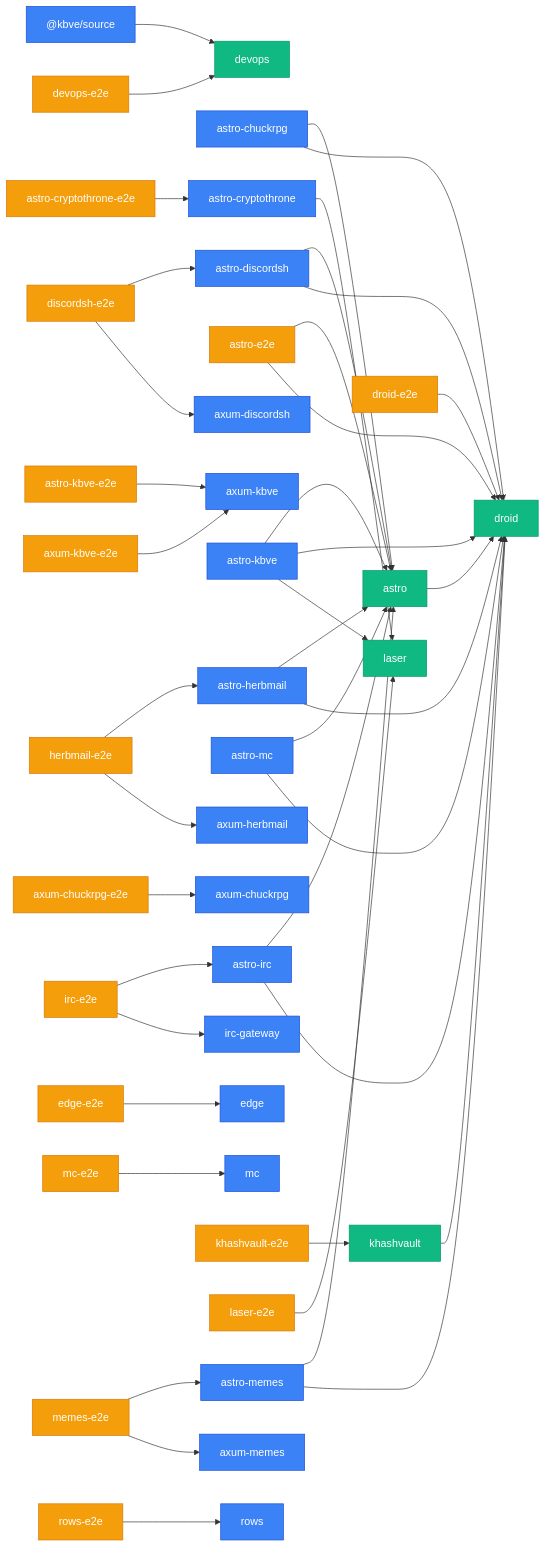
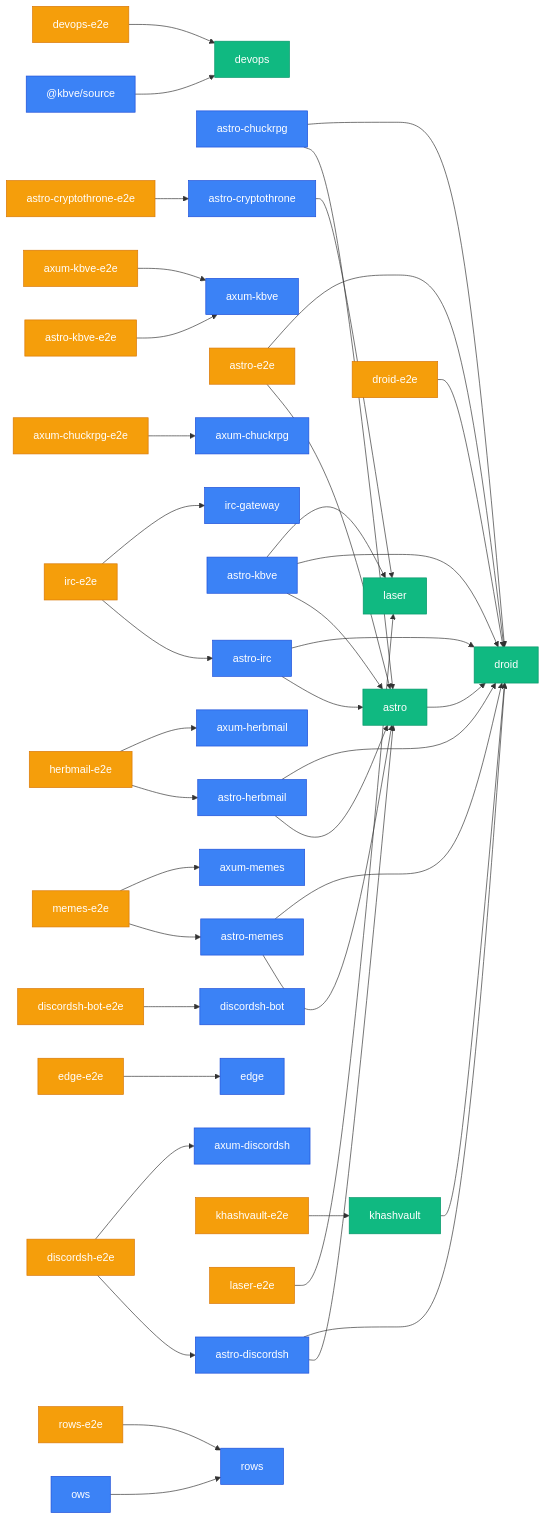
The third of 3 diagrams in apps/kbve/astro-kbve/src/content/docs/dashboard/graph.mdx (KBVE/kbve), drawn with Mermaid before and after one commit. The commit also changed other lines of this file and 8 other files, not shown here.

````diff
--- a/apps/kbve/astro-kbve/src/content/docs/dashboard/graph.mdx
+++ b/apps/kbve/astro-kbve/src/content/docs/dashboard/graph.mdx
@@ -79,49 +79,48 @@
 ```mermaid
 graph LR
     classDef app fill:#3b82f6,stroke:#1d4ed8,color:#fff
     classDef lib fill:#10b981,stroke:#059669,color:#fff
     classDef e2e fill:#f59e0b,stroke:#d97706,color:#fff
     _kbve_source["@kbve/source"] --> devops["devops"]
     astro["astro"] --> droid["droid"]
     astro_chuckrpg["astro-chuckrpg"] --> astro["astro"]
     astro_chuckrpg["astro-chuckrpg"] --> droid["droid"]
     astro_cryptothrone["astro-cryptothrone"] --> laser["laser"]
     astro_cryptothrone_e2e["astro-cryptothrone-e2e"] --> astro_cryptothrone["astro-cryptothrone"]
     astro_discordsh["astro-discordsh"] --> astro["astro"]
     astro_discordsh["astro-discordsh"] --> droid["droid"]
     astro_e2e["astro-e2e"] --> astro["astro"]
     astro_e2e["astro-e2e"] --> droid["droid"]
     astro_herbmail["astro-herbmail"] --> astro["astro"]
     astro_herbmail["astro-herbmail"] --> droid["droid"]
     astro_irc["astro-irc"] --> astro["astro"]
     astro_irc["astro-irc"] --> droid["droid"]
     astro_kbve["astro-kbve"] --> astro["astro"]
     astro_kbve["astro-kbve"] --> droid["droid"]
     astro_kbve["astro-kbve"] --> laser["laser"]
     astro_kbve_e2e["astro-kbve-e2e"] --> axum_kbve["axum-kbve"]
-    astro_mc["astro-mc"] --> astro["astro"]
-    astro_mc["astro-mc"] --> droid["droid"]
     astro_memes["astro-memes"] --> astro["astro"]
     astro_memes["astro-memes"] --> droid["droid"]
     axum_chuckrpg_e2e["axum-chuckrpg-e2e"] --> axum_chuckrpg["axum-chuckrpg"]
     axum_kbve_e2e["axum-kbve-e2e"] --> axum_kbve["axum-kbve"]
     devops_e2e["devops-e2e"] --> devops["devops"]
+    discordsh_bot_e2e["discordsh-bot-e2e"] --> discordsh_bot["discordsh-bot"]
     discordsh_e2e["discordsh-e2e"] --> astro_discordsh["astro-discordsh"]
     discordsh_e2e["discordsh-e2e"] --> axum_discordsh["axum-discordsh"]
     droid_e2e["droid-e2e"] --> droid["droid"]
     edge_e2e["edge-e2e"] --> edge["edge"]
     herbmail_e2e["herbmail-e2e"] --> astro_herbmail["astro-herbmail"]
     herbmail_e2e["herbmail-e2e"] --> axum_herbmail["axum-herbmail"]
     irc_e2e["irc-e2e"] --> astro_irc["astro-irc"]
     irc_e2e["irc-e2e"] --> irc_gateway["irc-gateway"]
     khashvault["khashvault"] --> droid["droid"]
     khashvault_e2e["khashvault-e2e"] --> khashvault["khashvault"]
     laser_e2e["laser-e2e"] --> laser["laser"]
-    mc_e2e["mc-e2e"] --> mc["mc"]
     memes_e2e["memes-e2e"] --> astro_memes["astro-memes"]
     memes_e2e["memes-e2e"] --> axum_memes["axum-memes"]
+    ows["ows"] --> rows["rows"]
     rows_e2e["rows-e2e"] --> rows["rows"]
-    class _kbve_source,angelscript,astro_chuckrpg,astro_cryptothrone,astro_discordsh,astro_herbmail,astro_irc,astro_kbve,astro_mc,astro_memes,axum_chuckrpg,axum_cryptothrone,axum_discordsh,axum_herbmail,axum_kbve,axum_memes,cryptothrone,desktop_kbve,discordsh,edge,herbmail,irc,irc_gateway,isometric,kilobase,mc,memes,notification_bot,ows,pydesk,rows app
-    class astro,bevy_battle,bevy_cam,bevy_inventory,bevy_items,bevy_kbve_net,bevy_mapdb,bevy_npc,bevy_player,bevy_quests,bevy_skills,bevy_statemachine,bevy_tasker,chisel_ubuntu_axum,data_proto,devops,droid,erust,holy,jedi,kbve,khashvault,laser,python_fudster,python_kbve,q,soul lib
-    class astro_cryptothrone_e2e,astro_e2e,astro_kbve_e2e,axum_chuckrpg_e2e,axum_kbve_e2e,devops_e2e,discordsh_e2e,droid_e2e,edge_e2e,herbmail_e2e,irc_e2e,khashvault_e2e,laser_e2e,mc_e2e,memes_e2e,rows_e2e e2e
+    class _kbve_source,angelscript,astro_chuckrpg,astro_cryptothrone,astro_discordsh,astro_herbmail,astro_irc,astro_kbve,astro_memes,axum_chuckrpg,axum_cryptothrone,axum_discordsh,axum_herbmail,axum_kbve,axum_memes,cryptothrone,desktop_kbve,discordsh,discordsh_bot,edge,herbmail,irc,irc_gateway,isometric,kilobase,memes,notification_bot,ows,pydesk,rows app
+    class astro,bevy_battle,bevy_cam,bevy_inventory,bevy_items,bevy_kbve_net,bevy_mapdb,bevy_npc,bevy_player,bevy_quests,bevy_skills,bevy_statemachine,bevy_tasker,chisel_ubuntu_axum,data_proto,devops,droid,erust,holy,jedi,kbve,khashvault,laser,python_fudster,python_kbve,q lib
+    class astro_cryptothrone_e2e,astro_e2e,astro_kbve_e2e,axum_chuckrpg_e2e,axum_kbve_e2e,devops_e2e,discordsh_bot_e2e,discordsh_e2e,droid_e2e,edge_e2e,herbmail_e2e,irc_e2e,khashvault_e2e,laser_e2e,memes_e2e,rows_e2e e2e
 ```
````
